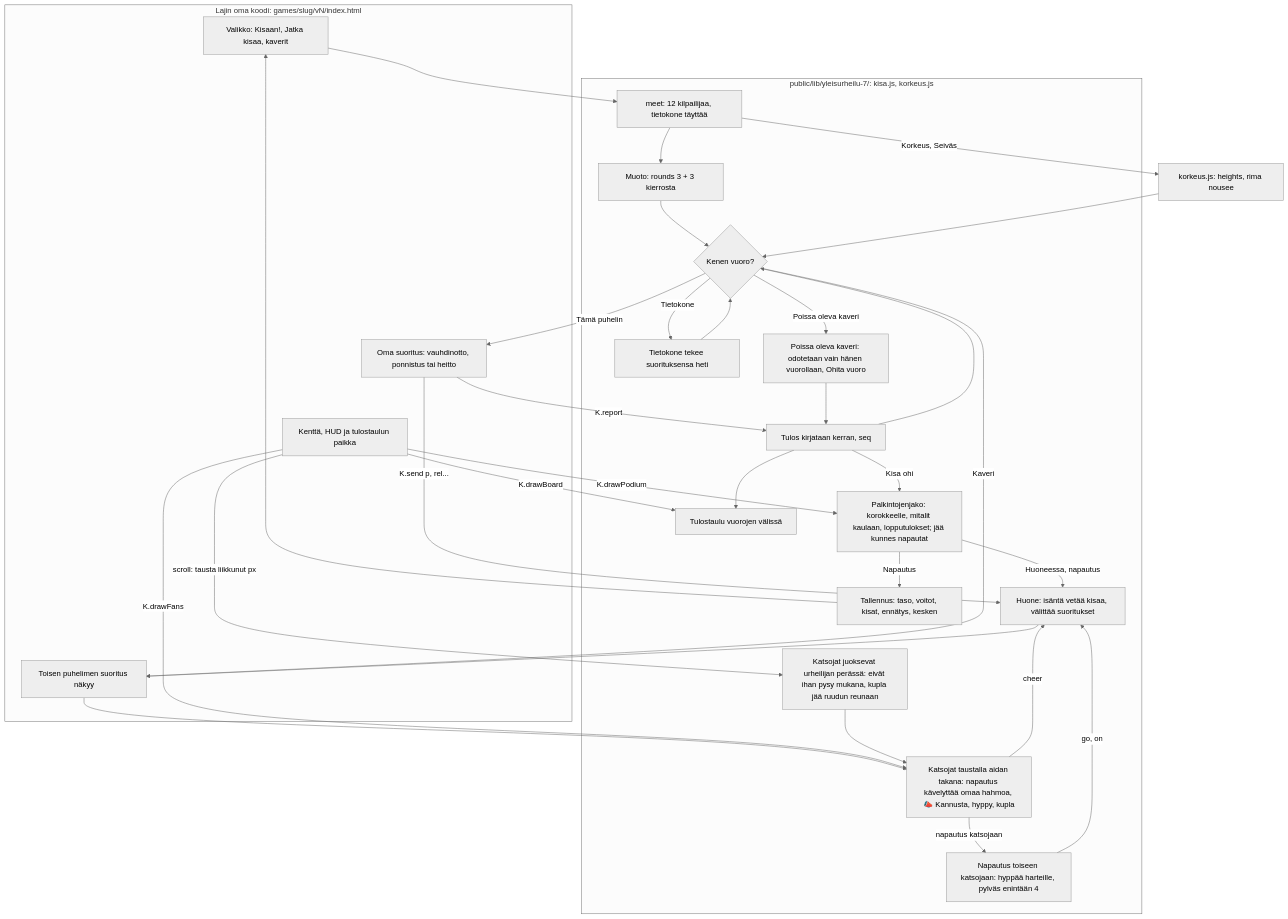
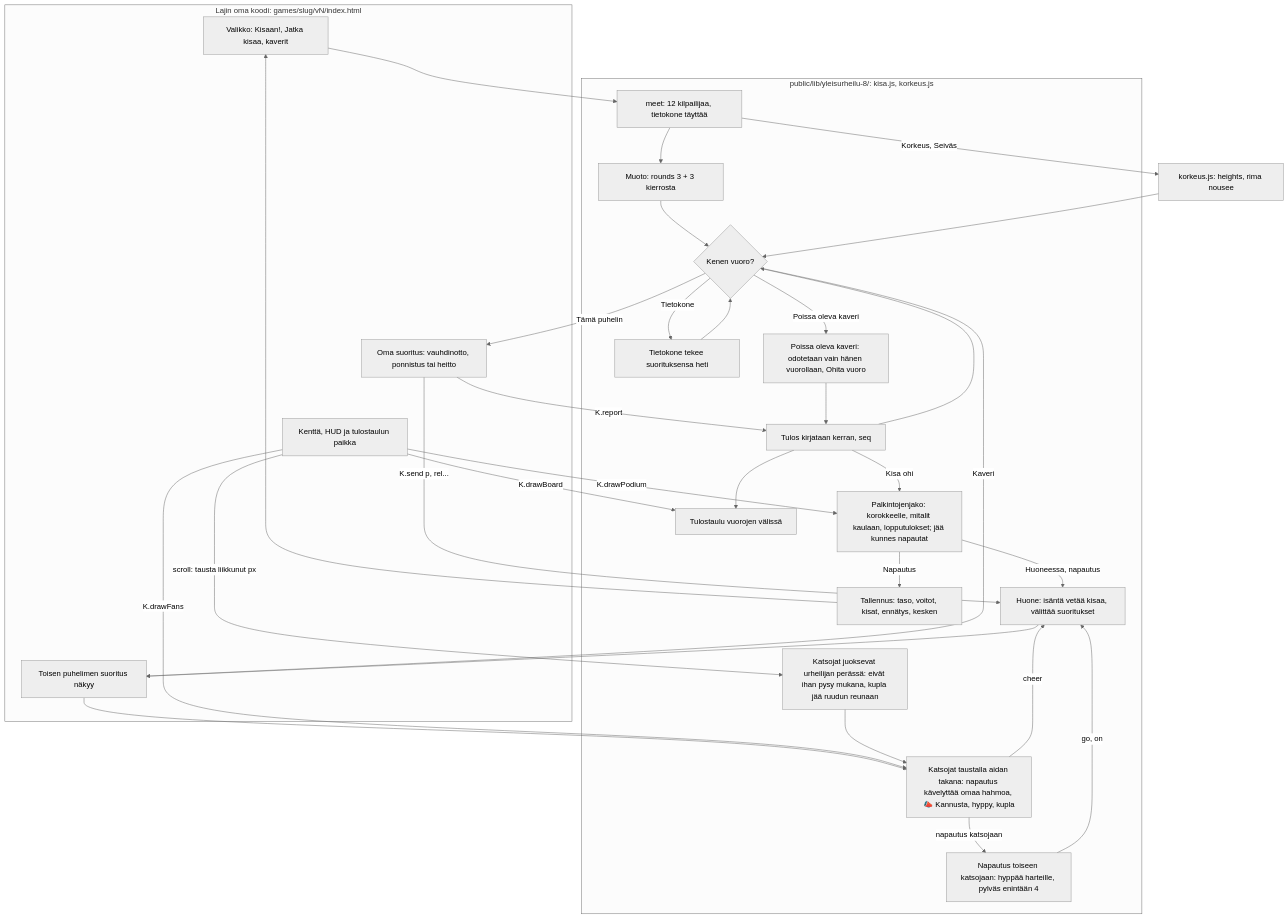
One commit to eerovil/ai-pelit changed the diagram in docs/diagrams/yleisurheilu-kirjasto.md. Above: the diagram before and after it, drawn with Mermaid (neutral theme). The commit also changed other lines of this file and 19 other files, not shown here.

````diff
--- a/docs/diagrams/yleisurheilu-kirjasto.md
+++ b/docs/diagrams/yleisurheilu-kirjasto.md
@@ -23,52 +26,52 @@
 ```mermaid
 flowchart TD
   subgraph Peli[Lajin oma koodi: games/slug/vN/index.html]
     G1[Valikko: Kisaan!, Jatka kisaa, kaverit]
     G2[Oma suoritus: vauhdinotto, ponnistus tai heitto]
     G3[Toisen puhelimen suoritus näkyy]
     G4[Kenttä, HUD ja tulostaulun paikka]
   end
-  subgraph Kirjasto[public/lib/yleisurheilu-7/: kisa.js, korkeus.js]
+  subgraph Kirjasto[public/lib/yleisurheilu-8/: kisa.js, korkeus.js]
     K1[meet: 12 kilpailijaa, tietokone täyttää]
     K2[Muoto: rounds 3 + 3 kierrosta]
     K3{Kenen vuoro?}
     K4[Tietokone tekee suorituksensa heti]
     K5[Tulos kirjataan kerran, seq]
     K6[Tulostaulu vuorojen välissä]
     K9[Palkintojenjako: korokkeelle, mitalit kaulaan, lopputulokset; jää kunnes napautat]
     K7[Tallennus: taso, voitot, kisat, ennätys, kesken]
     K8[Huone: isäntä vetää kisaa, välittää suoritukset]
     K10[Katsojat taustalla aidan takana: napautus kävelyttää omaa hahmoa, 📣 Kannusta, hyppy, kupla]
     K13[Napautus toiseen katsojaan: hyppää harteille, pylväs enintään 4]
     K12[Katsojat juoksevat urheilijan perässä: eivät ihan pysy mukana, kupla jää ruudun reunaan]
     K11[Poissa oleva kaveri: odotetaan vain hänen vuorollaan, Ohita vuoro]
   end
   G1 --> K1 --> K2 --> K3
   K1 -- Korkeus, Seiväs --> H1[korkeus.js: heights, rima nousee]
   H1 --> K3
   K3 -- Tietokone --> K4 --> K3
   K3 -- Poissa oleva kaveri --> K11 --> K5
   K3 -- Tämä puhelin --> G2
   K3 -- Kaveri --> G3
   G3 --> K10
   G4 -- K.drawFans --> K10
   G4 -- scroll: tausta liikkunut px --> K12
   K12 --> K10
   K10 -- napautus katsojaan --> K13
   K13 -- go, on --> K8
   K10 -- cheer --> K8
   G2 -- K.report --> K5
   G2 -- K.send p, rel... --> K8 --> G3
   K5 --> K3
   K5 --> K6
   K5 -- Kisa ohi --> K9
   K9 -- Napautus --> K7 --> G1
   K9 -- Huoneessa, napautus --> K8
   G4 -- K.drawBoard --> K6
   G4 -- K.drawPodium --> K9
   class G1,G2,G4 blue
   class G3,K8,K10,K11,K12,K13 violet
   class K3 amber
   class K1,K2,K4,K5,H1 teal
   class K6,K7,K9 green
 ```
````
